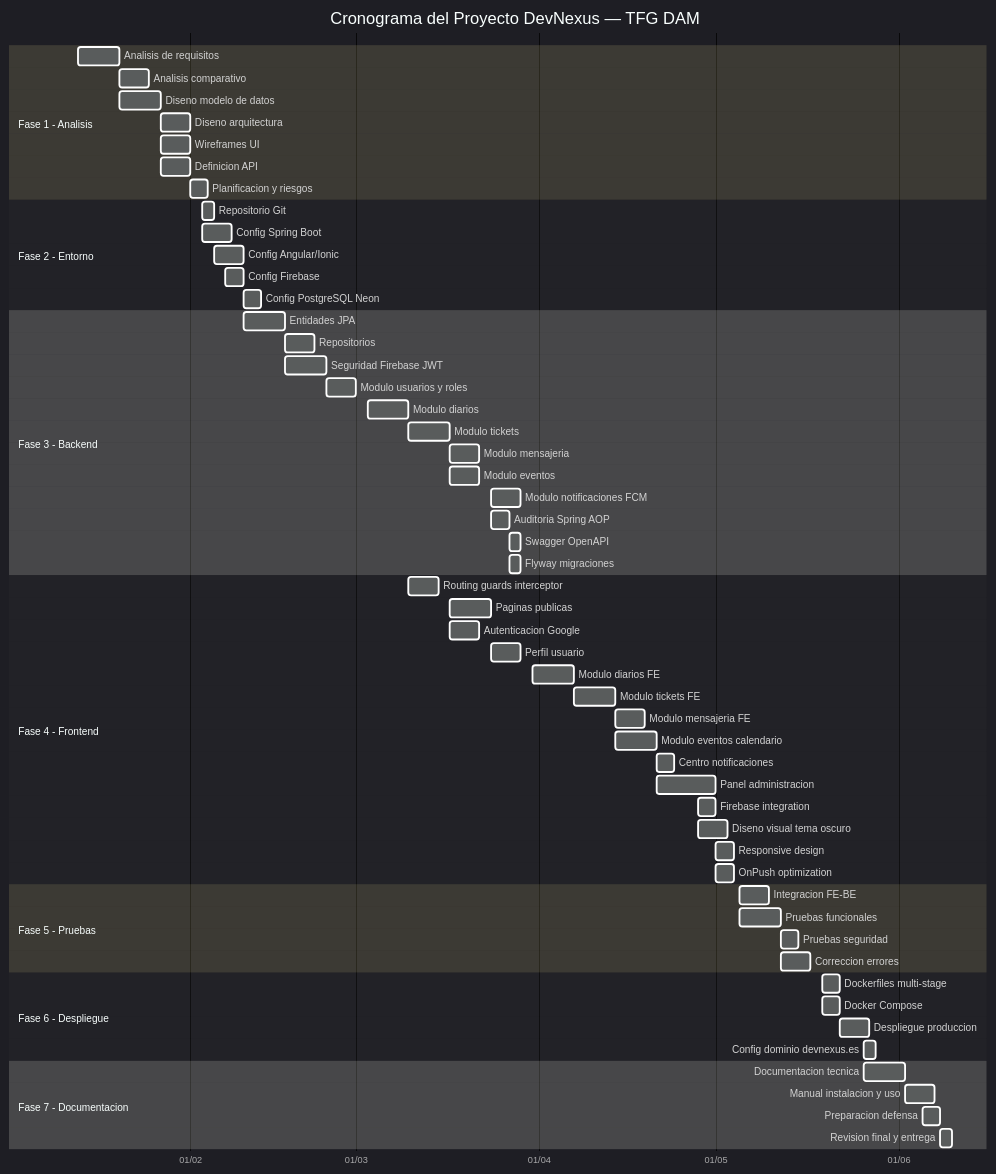
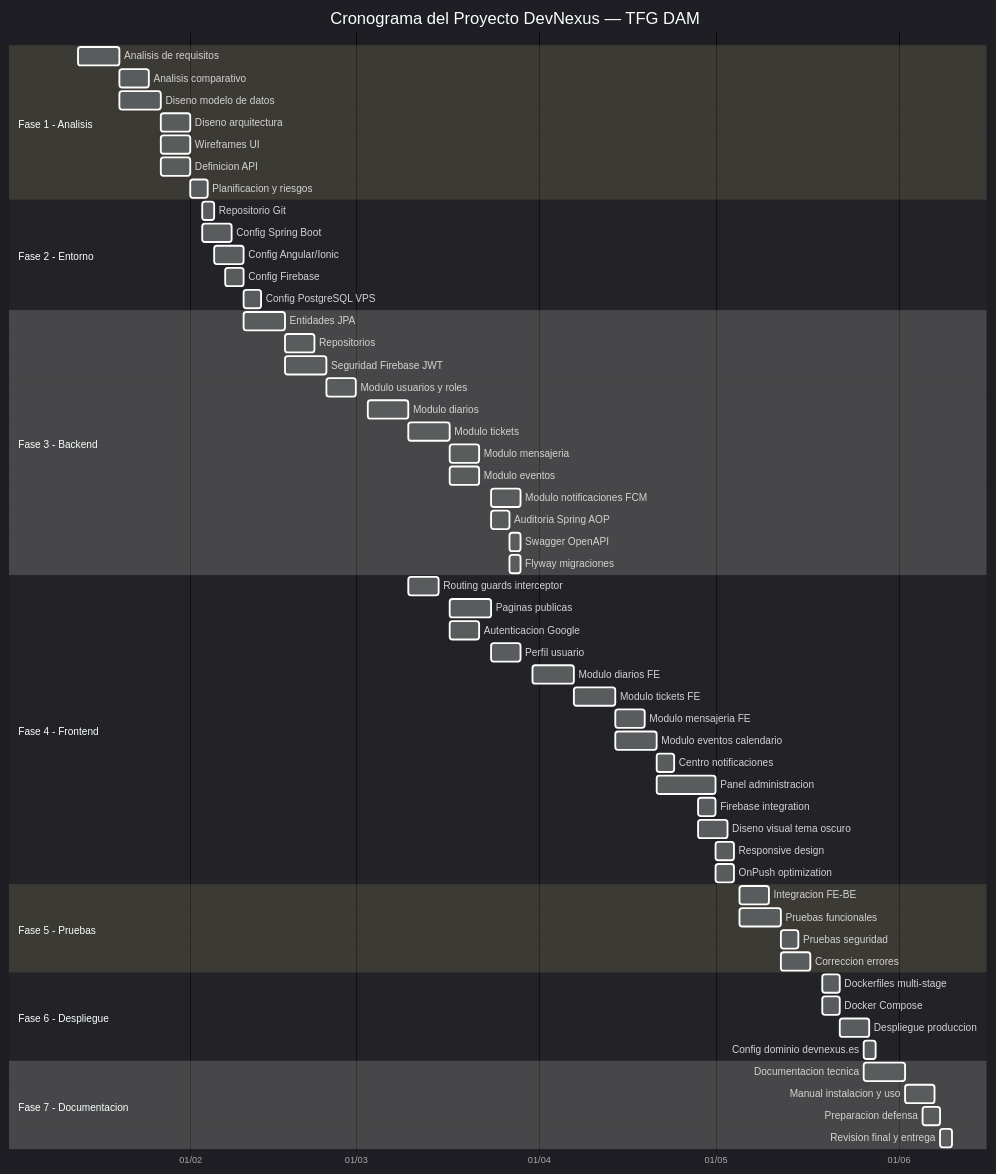
One commit to JesusDev-code/TFG-DevNexus changed the second of 11 diagrams in documentación/TFG_DevNexus_Documentacion.md. Above: the diagram before and after it, drawn with Mermaid. The commit also changed other lines of this file and 48 other files, not shown here.

````diff
--- a/documentación/TFG_DevNexus_Documentacion.md
+++ b/documentación/TFG_DevNexus_Documentacion.md
@@ -628,71 +641,71 @@
 ```mermaid
 %%{init: {'theme': 'dark'}}%%
 gantt
     title Cronograma del Proyecto DevNexus — TFG DAM
     dateFormat  YYYY-MM-DD
     axisFormat  %d/%m
 
     section Fase 1 - Analisis
     Analisis de requisitos           :f1a, 2025-01-13, 7d
     Analisis comparativo             :f1b, 2025-01-20, 5d
     Diseno modelo de datos           :f1c, 2025-01-20, 7d
     Diseno arquitectura              :f1d, 2025-01-27, 5d
     Wireframes UI                    :f1e, 2025-01-27, 5d
     Definicion API                   :f1f, 2025-01-27, 5d
     Planificacion y riesgos          :f1g, 2025-02-01, 3d
 
     section Fase 2 - Entorno
     Repositorio Git                  :f2a, 2025-02-03, 2d
     Config Spring Boot               :f2b, 2025-02-03, 5d
     Config Angular/Ionic             :f2c, 2025-02-05, 5d
     Config Firebase                  :f2d, 2025-02-07, 3d
-    Config PostgreSQL Neon           :f2e, 2025-02-10, 3d
+    Config PostgreSQL VPS            :f2e, 2025-02-10, 3d
 
     section Fase 3 - Backend
     Entidades JPA                    :f3a, 2025-02-10, 7d
     Repositorios                     :f3b, 2025-02-17, 5d
     Seguridad Firebase JWT           :f3c, 2025-02-17, 7d
     Modulo usuarios y roles          :f3d, 2025-02-24, 5d
     Modulo diarios                   :f3e, 2025-03-03, 7d
     Modulo tickets                   :f3f, 2025-03-10, 7d
     Modulo mensajeria                :f3g, 2025-03-17, 5d
     Modulo eventos                   :f3h, 2025-03-17, 5d
     Modulo notificaciones FCM        :f3i, 2025-03-24, 5d
     Auditoria Spring AOP             :f3j, 2025-03-24, 3d
     Swagger OpenAPI                  :f3k, 2025-03-27, 2d
     Flyway migraciones               :f3l, 2025-03-27, 2d
 
     section Fase 4 - Frontend
     Routing guards interceptor       :f4a, 2025-03-10, 5d
     Paginas publicas                 :f4b, 2025-03-17, 7d
     Autenticacion Google             :f4c, 2025-03-17, 5d
     Perfil usuario                   :f4d, 2025-03-24, 5d
     Modulo diarios FE                :f4e, 2025-03-31, 7d
     Modulo tickets FE                :f4f, 2025-04-07, 7d
     Modulo mensajeria FE             :f4g, 2025-04-14, 5d
     Modulo eventos calendario        :f4h, 2025-04-14, 7d
     Centro notificaciones            :f4i, 2025-04-21, 3d
     Panel administracion             :f4j, 2025-04-21, 10d
     Firebase integration             :f4k, 2025-04-28, 3d
     Diseno visual tema oscuro        :f4l, 2025-04-28, 5d
     Responsive design                :f4m, 2025-05-01, 3d
     OnPush optimization              :f4n, 2025-05-01, 3d
 
     section Fase 5 - Pruebas
     Integracion FE-BE                :f5a, 2025-05-05, 5d
     Pruebas funcionales              :f5b, 2025-05-05, 7d
     Pruebas seguridad                :f5c, 2025-05-12, 3d
     Correccion errores               :f5d, 2025-05-12, 5d
 
     section Fase 6 - Despliegue
     Dockerfiles multi-stage          :f6a, 2025-05-19, 3d
     Docker Compose                   :f6b, 2025-05-19, 3d
     Despliegue produccion            :f6c, 2025-05-22, 5d
     Config dominio devnexus.es       :f6d, 2025-05-26, 2d
 
     section Fase 7 - Documentacion
     Documentacion tecnica            :f7a, 2025-05-26, 7d
     Manual instalacion y uso         :f7b, 2025-06-02, 5d
     Preparacion defensa              :f7c, 2025-06-05, 3d
     Revision final y entrega         :f7d, 2025-06-08, 2d
 ```
````
